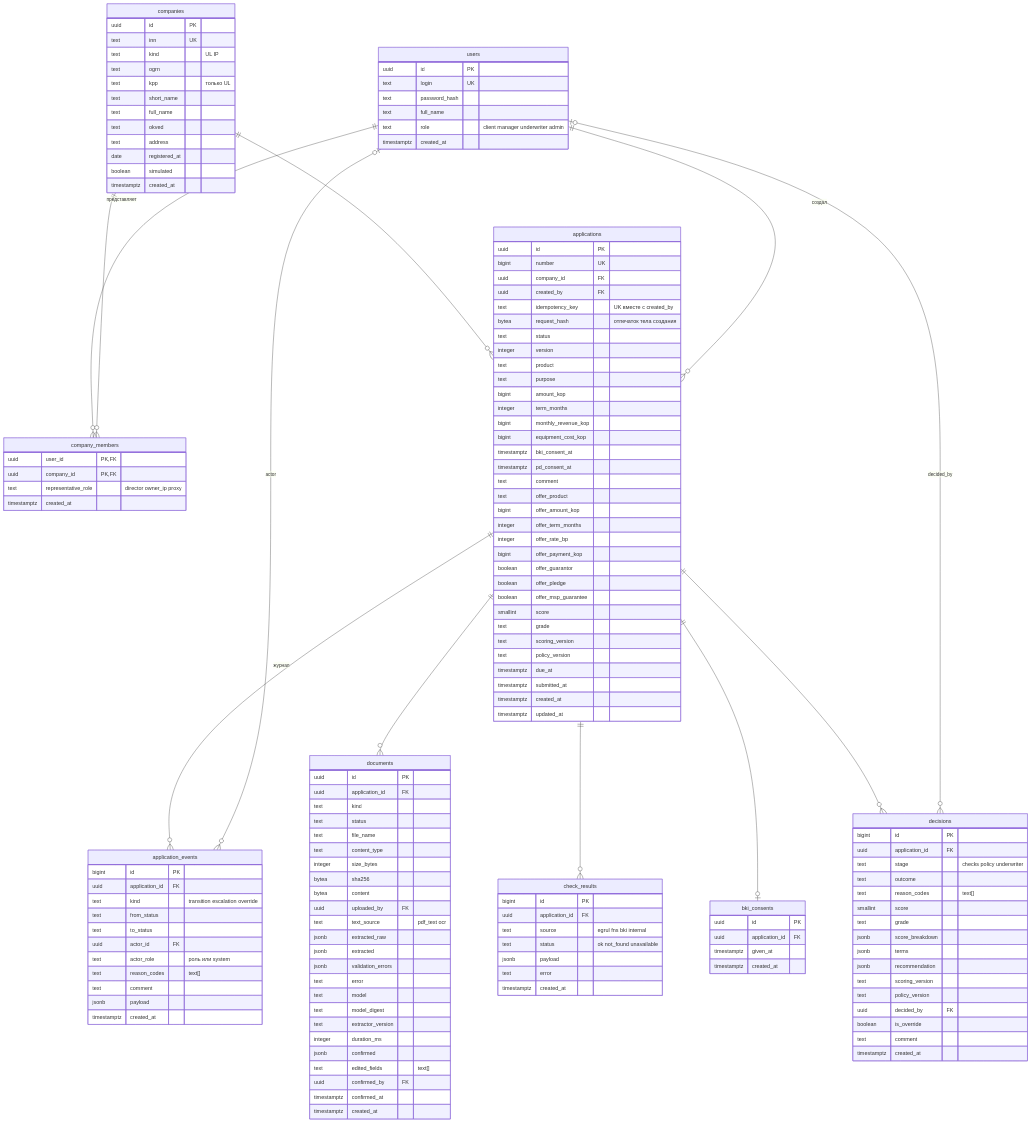
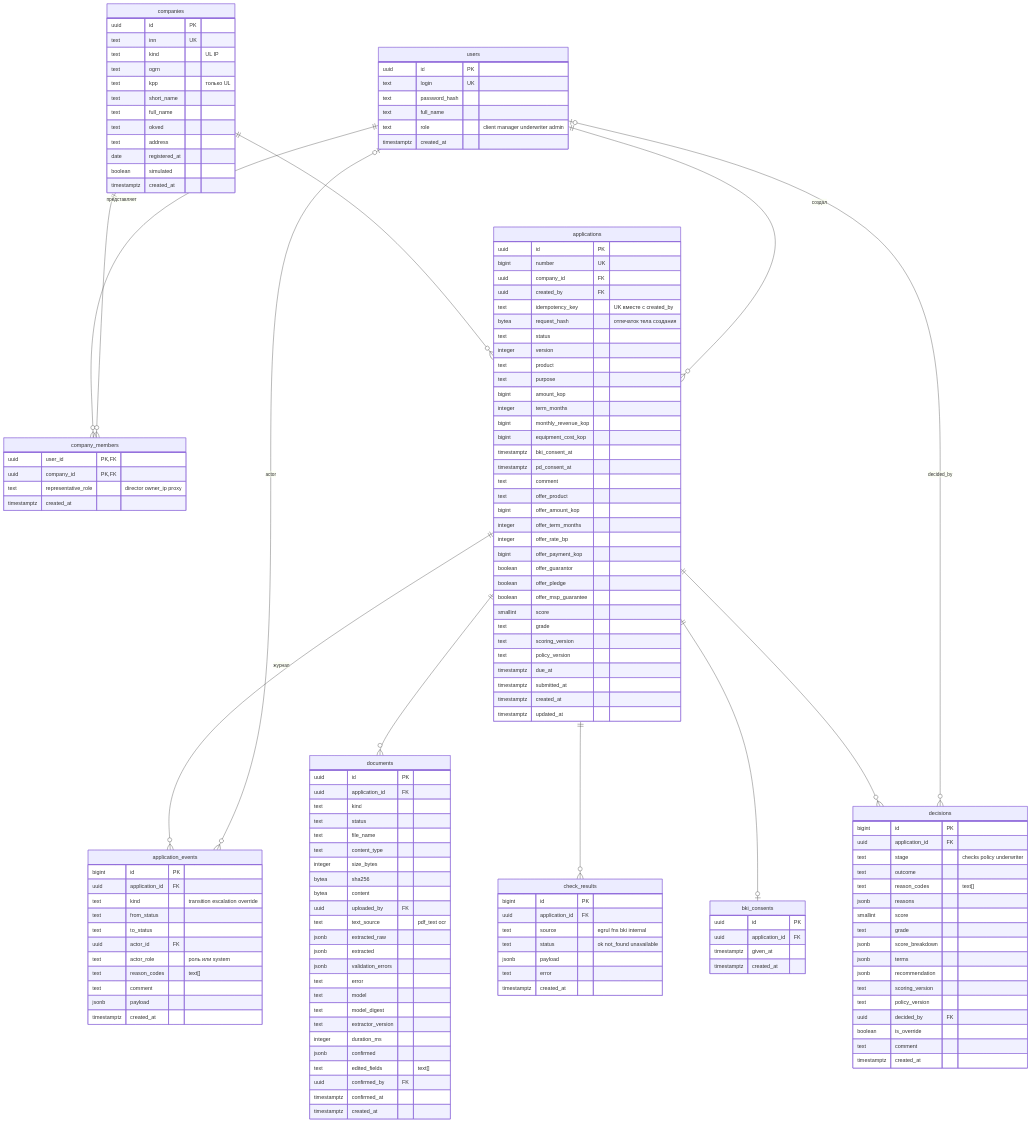
Before and after one commit to swagswa/alfa-credit-cabinet: the diagram in docs/data-model.md, drawn with Mermaid. The commit also changed other lines of this file and 34 other files, not shown here.

```diff
--- a/docs/data-model.md
+++ b/docs/data-model.md
@@ -139,6 +139,7 @@
         text stage "checks policy underwriter"
         text outcome
         text reason_codes "text[]"
+        jsonb reasons
         smallint score
         text grade
         jsonb score_breakdown
```
